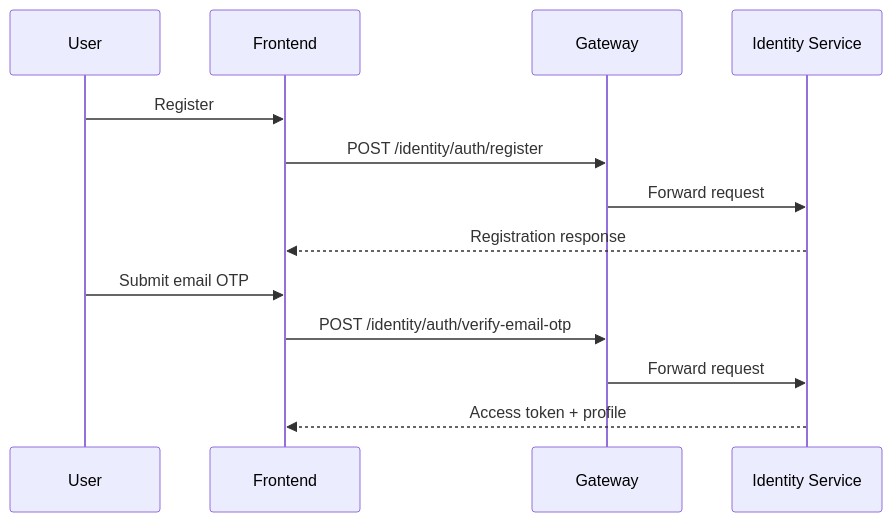
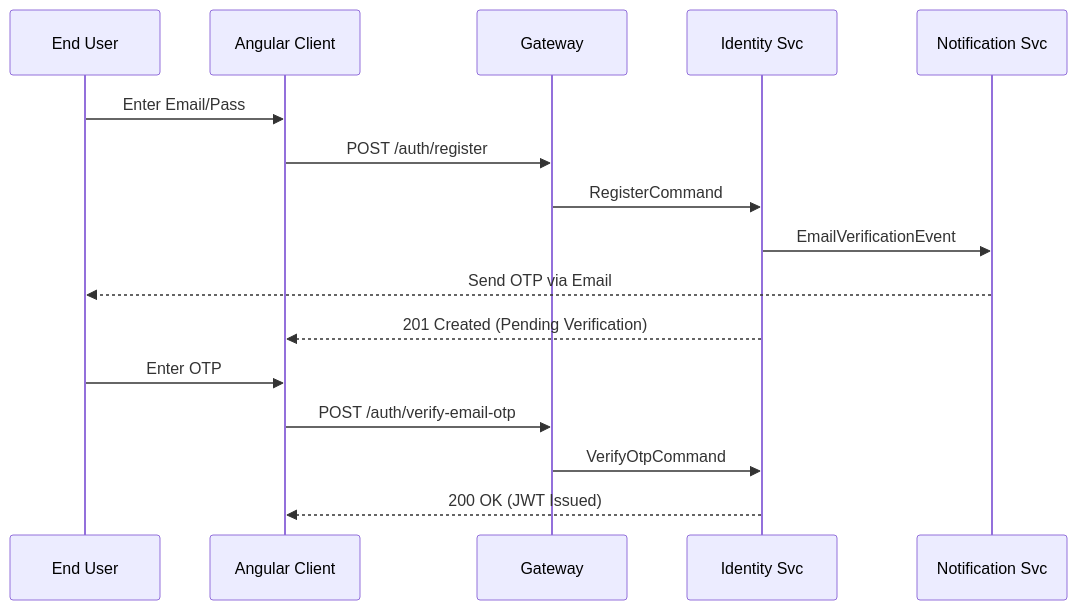
One commit to TirtharajBarma/cred-vault changed the second of 3 diagrams in src/docs/API-REFERENCE.md. Above: the diagram before and after it, drawn with Mermaid. The commit also changed other lines of this file and 26 other files, not shown here.

````diff
--- a/src/docs/API-REFERENCE.md
+++ b/src/docs/API-REFERENCE.md
@@ -451,17 +190,20 @@
 ```mermaid
 sequenceDiagram
-    participant U as User
-    participant F as Frontend
+    participant U as End User
+    participant F as Angular Client
     participant G as Gateway
-    participant I as Identity Service
+    participant I as Identity Svc
+    participant N as Notification Svc
 
-    U->>F: Register
-    F->>G: POST /identity/auth/register
-    G->>I: Forward request
-    I-->>F: Registration response
-
-    U->>F: Submit email OTP
-    F->>G: POST /identity/auth/verify-email-otp
-    G->>I: Forward request
-    I-->>F: Access token + profile
+    U->>F: Enter Email/Pass
+    F->>G: POST /auth/register
+    G->>I: RegisterCommand
+    I->>N: EmailVerificationEvent
+    N-->>U: Send OTP via Email
+    I-->>F: 201 Created (Pending Verification)
+    
+    U->>F: Enter OTP
+    F->>G: POST /auth/verify-email-otp
+    G->>I: VerifyOtpCommand
+    I-->>F: 200 OK (JWT Issued)
 ```
````
